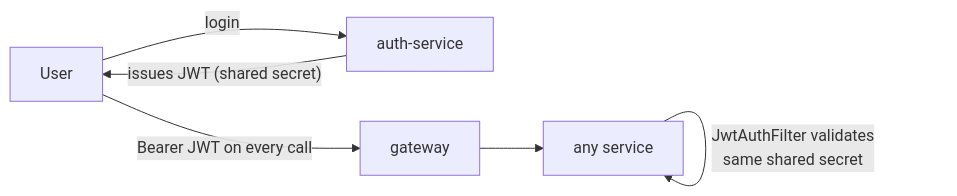
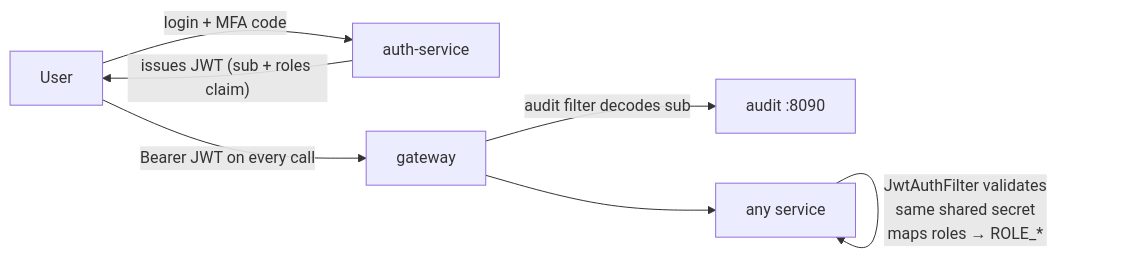
One commit to vadlapatlasuresh/my-wealth-management changed the third of 3 diagrams in docs/workflows/01-high-level-architecture.md. Above: the diagram before and after it, drawn with Mermaid. The commit also changed other lines of this file and 195 other files, not shown here.

First line of the commit message:
prod foundation: MFA email/SMS OTP, per-service observability, Plaid sync, docs

````diff
--- a/docs/workflows/01-high-level-architecture.md
+++ b/docs/workflows/01-high-level-architecture.md
@@ -78,8 +113,9 @@
 ```mermaid
 flowchart LR
-    U["User"] -->|"login"| AUTH["auth-service"]
-    AUTH -->|"issues JWT (shared secret)"| U
+    U["User"] -->|"login + MFA code"| AUTH["auth-service"]
+    AUTH -->|"issues JWT (sub + roles claim)"| U
     U -->|"Bearer JWT on every call"| GW["gateway"]
+    GW -->|"audit filter decodes sub"| AUD["audit :8090"]
     GW --> S["any service"]
-    S -->|"JwtAuthFilter validates<br/>same shared secret"| S
+    S -->|"JwtAuthFilter validates<br/>same shared secret<br/>maps roles → ROLE_*"| S
 ```
````
